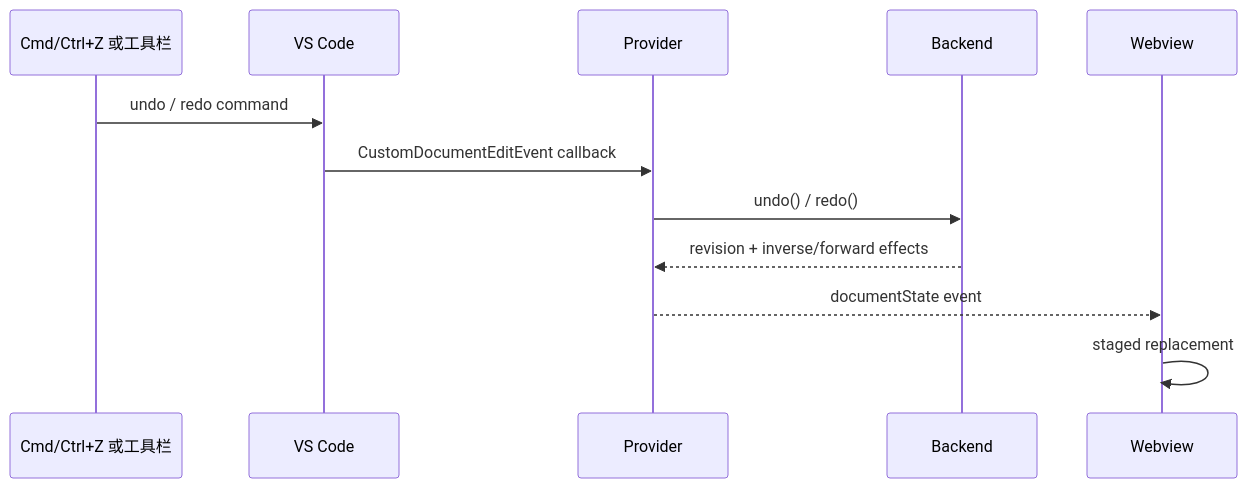
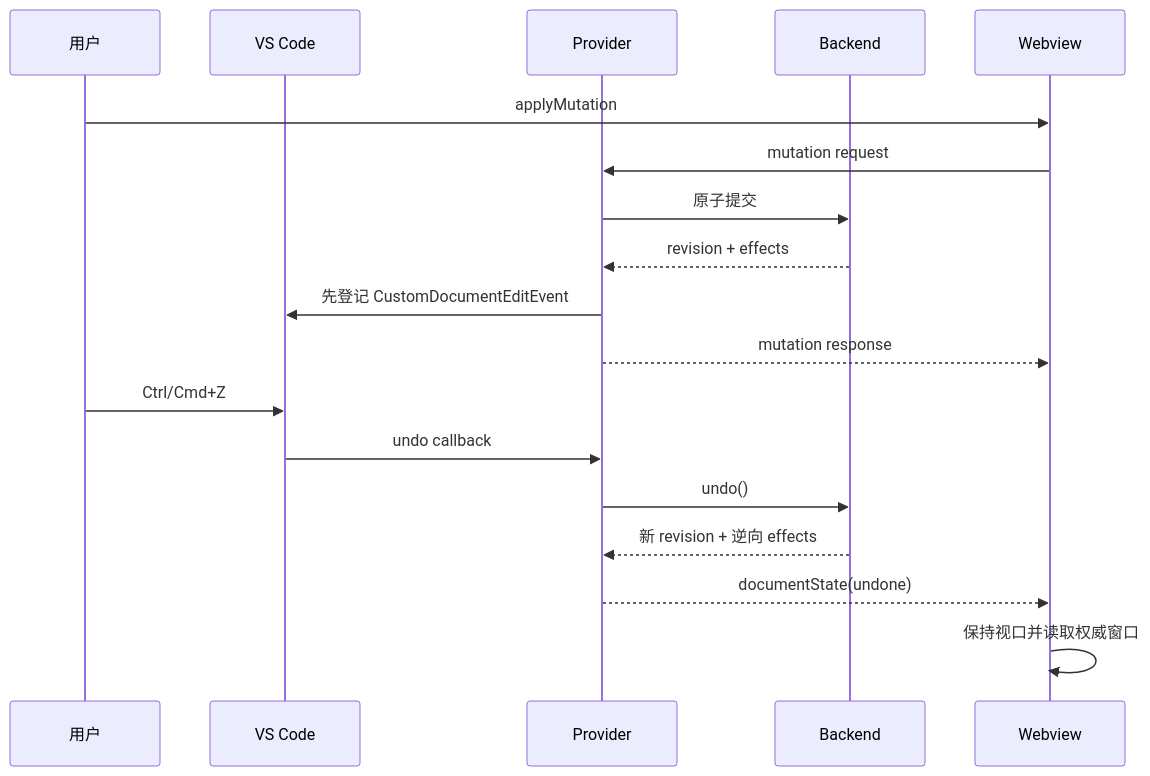
The eighth of 12 diagrams in docs/v22-lite-markdown-technical-solution.md (a306796405/huge-vtable), drawn with Mermaid before and after one commit. The commit also changed other lines of this file and 2 other files, not shown here.

````diff
--- a/docs/v22-lite-markdown-technical-solution.md
+++ b/docs/v22-lite-markdown-technical-solution.md
@@ -318,15 +597,21 @@
 ```mermaid
 sequenceDiagram
-    participant Key as Cmd/Ctrl+Z 或工具栏
+    participant User as 用户
     participant VS as VS Code
     participant P as Provider
     participant B as Backend
     participant W as Webview
 
-    Key->>VS: undo / redo command
-    VS->>P: CustomDocumentEditEvent callback
-    P->>B: undo() / redo()
-    B-->>P: revision + inverse/forward effects
-    P-->>W: documentState event
-    W->>W: staged replacement
+    User->>W: applyMutation
+    W->>P: mutation request
+    P->>B: 原子提交
+    B-->>P: revision + effects
+    P->>VS: 先登记 CustomDocumentEditEvent
+    P-->>W: mutation response
+    User->>VS: Ctrl/Cmd+Z
+    VS->>P: undo callback
+    P->>B: undo()
+    B-->>P: 新 revision + 逆向 effects
+    P-->>W: documentState(undone)
+    W->>W: 保持视口并读取权威窗口
 ```
````
